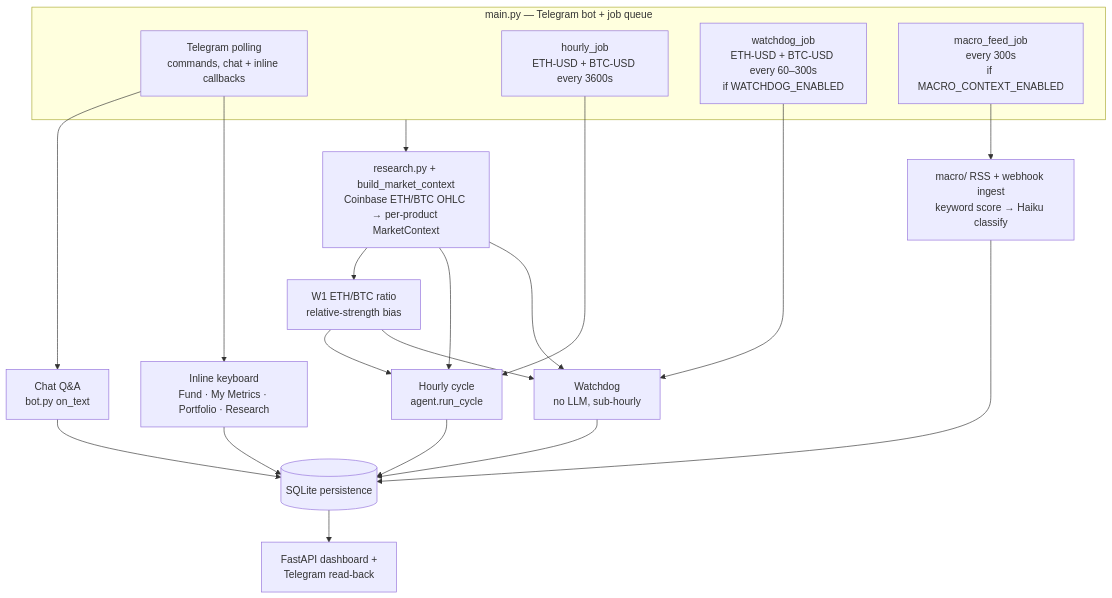
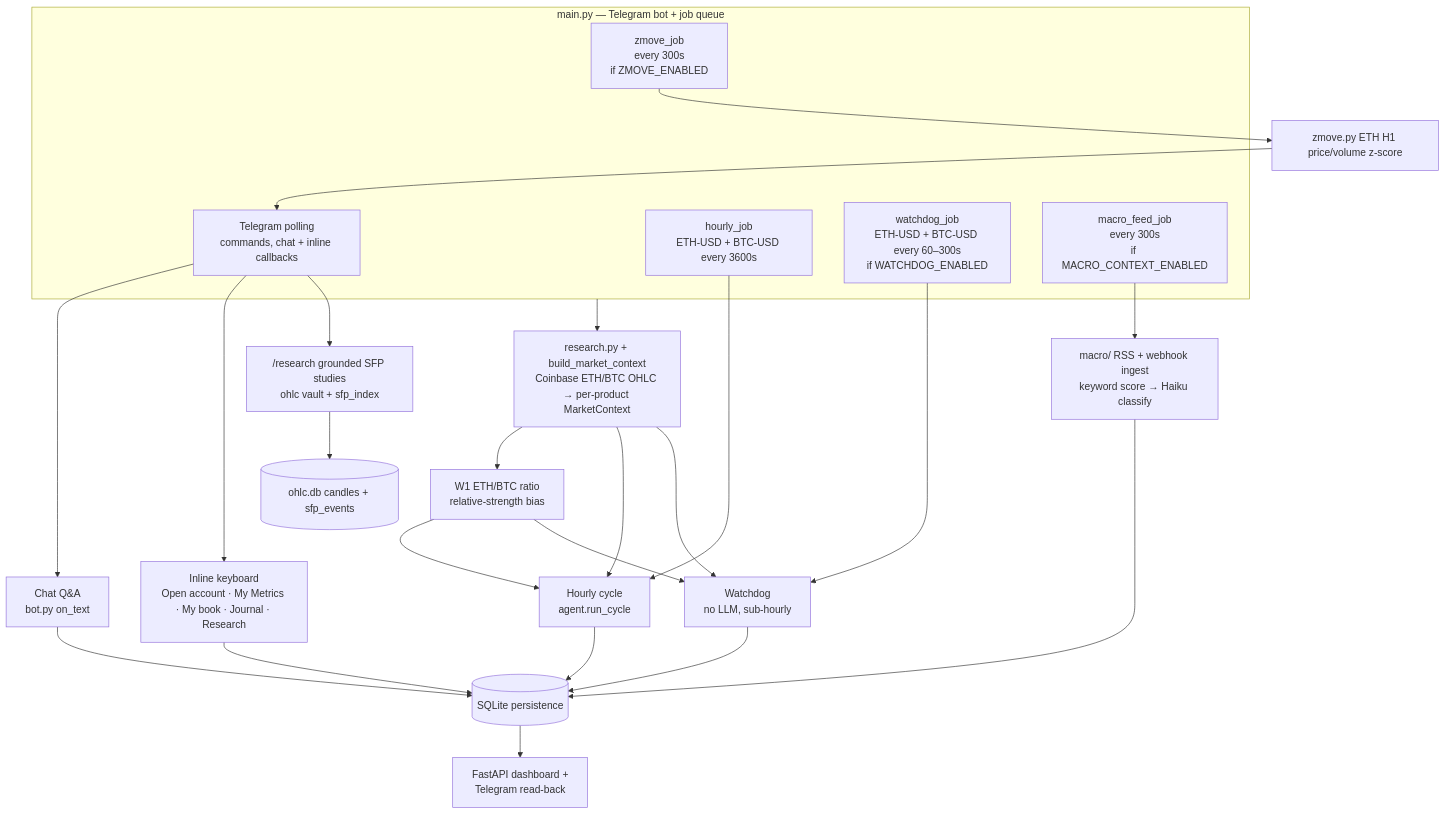
One commit to abagui11/eth-trading-bot changed the first of 6 diagrams in deploy/PROJECT_STATE.md. Above: the diagram before and after it, drawn with Mermaid. The commit also changed other lines of this file and 37 other files, not shown here.

First line of the commit message:
Ship personal books, history vault SFP research, and ETH Z-Move alerts.

````diff
--- a/deploy/PROJECT_STATE.md
+++ b/deploy/PROJECT_STATE.md
@@ -42,29 +42,34 @@
 ```mermaid
 flowchart TD
     subgraph ENTRY["main.py — Telegram bot + job queue"]
         TG[Telegram polling<br/>commands, chat + inline callbacks]
         HJ[hourly_job<br/>ETH-USD + BTC-USD every 3600s]
         WJ[watchdog_job<br/>ETH-USD + BTC-USD every 60–300s<br/>if WATCHDOG_ENABLED]
         MJ[macro_feed_job<br/>every 300s<br/>if MACRO_CONTEXT_ENABLED]
+        ZJ[zmove_job<br/>every 300s<br/>if ZMOVE_ENABLED]
     end
 
     ENTRY --> DATA[research.py + build_market_context<br/>Coinbase ETH/BTC OHLC → per-product MarketContext]
     DATA --> RS[W1 ETH/BTC ratio<br/>relative-strength bias]
     MJ --> MACRO[macro/ RSS + webhook ingest<br/>keyword score → Haiku classify]
     MACRO --> STORE
+    ZJ --> ZMOVE[zmove.py ETH H1 price/volume z-score]
+    ZMOVE --> TG
 
     TG --> CHAT[Chat Q&A<br/>bot.py on_text]
-    TG --> TGUI[Inline keyboard<br/>Fund · My Metrics · Portfolio · Research]
+    TG --> TGUI[Inline keyboard<br/>Open account · My Metrics · My book · Journal · Research]
+    TG --> RESEARCH["/research grounded SFP studies<br/>ohlc vault + sfp_index"]
     HJ --> HOURLY[Hourly cycle<br/>agent.run_cycle]
     WJ --> WATCH[Watchdog<br/>no LLM, sub-hourly]
     DATA --> HOURLY
     DATA --> WATCH
     RS --> HOURLY
     RS --> WATCH
 
     CHAT --> STORE[(SQLite persistence)]
     TGUI --> STORE
+    RESEARCH --> OHLC[(ohlc.db candles + sfp_events)]
     HOURLY --> STORE
     WATCH --> STORE
     STORE --> READ[FastAPI dashboard +<br/>Telegram read-back]
 ```
````
